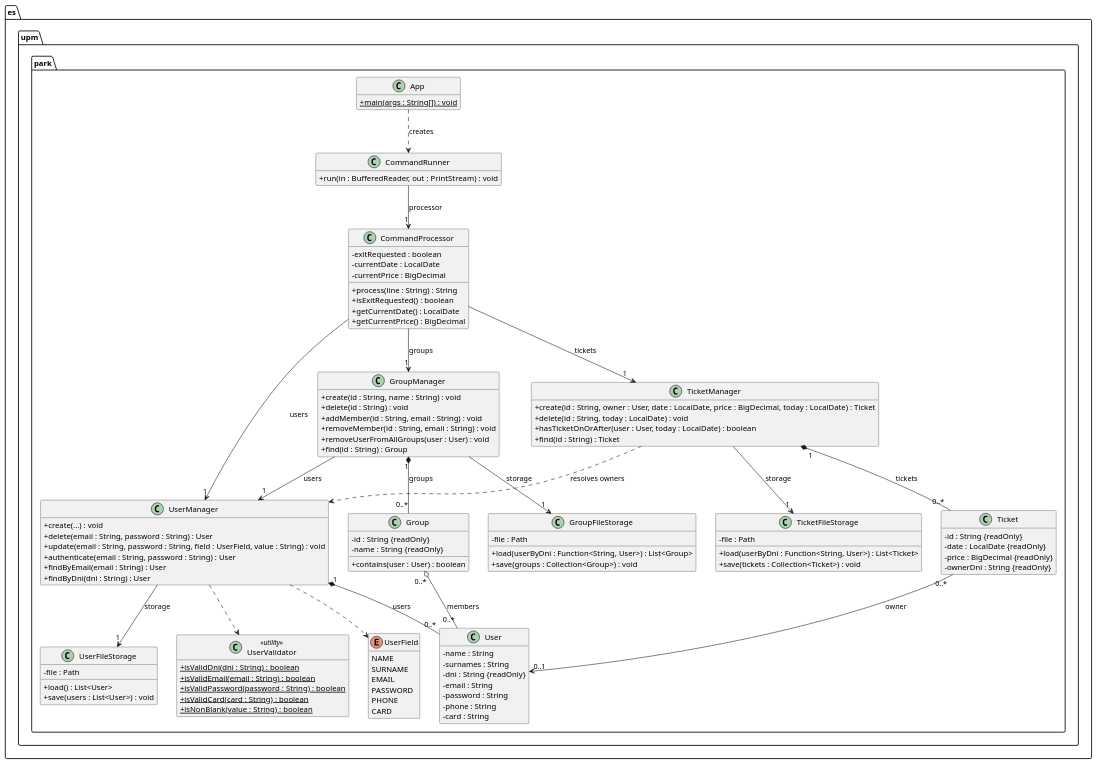
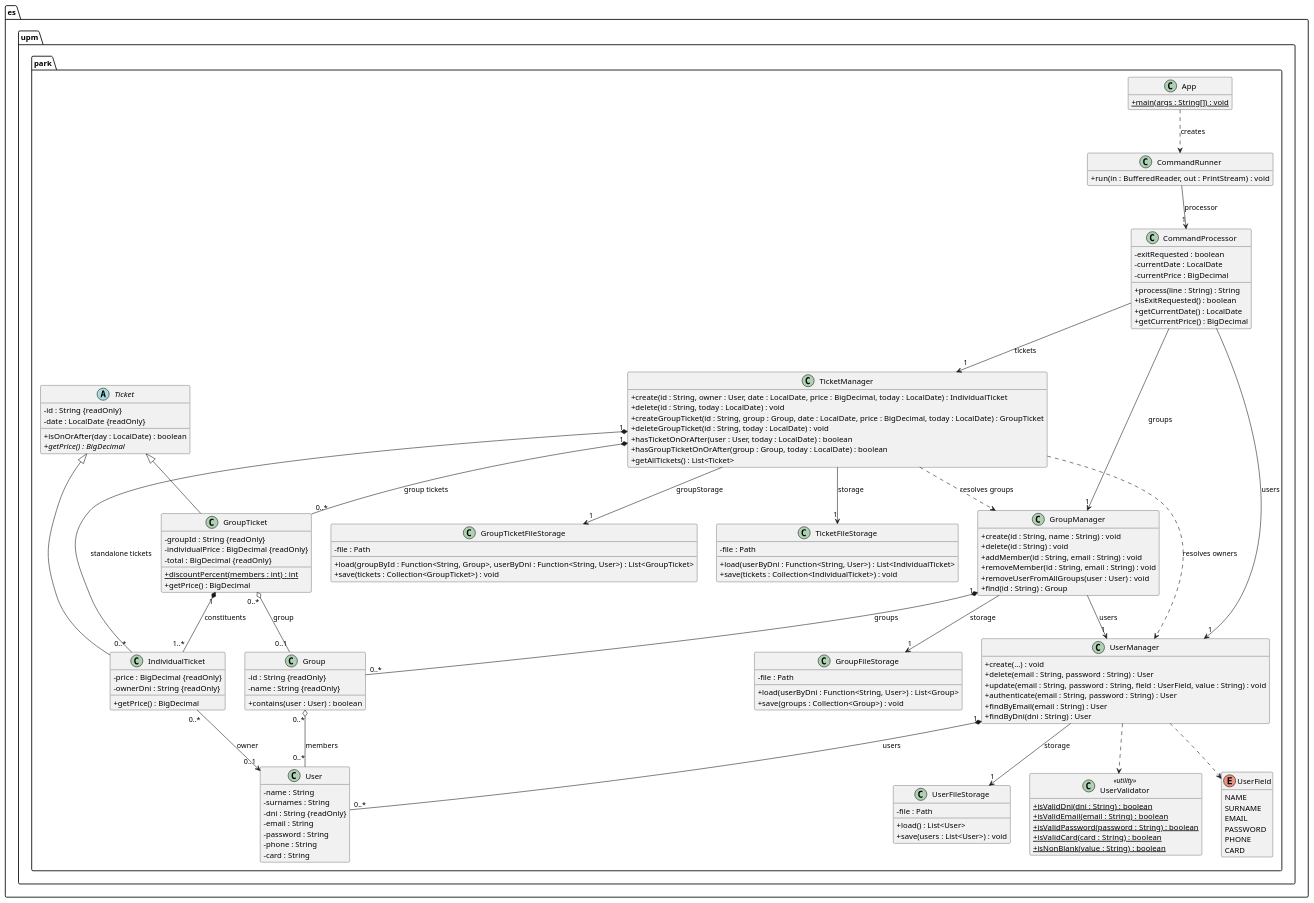
Before and after one commit to skai-upm/caise27: the diagram in docs/uml/model.puml, drawn with PlantUML. The commit also changed 30 other files, not shown here.

```diff
--- a/docs/uml/model.puml
+++ b/docs/uml/model.puml
@@ -1,127 +1,157 @@
 @startuml model
 ' Class model of the amusement-park application (package es.upm.park)
 skinparam classAttributeIconSize 0
 hide empty members
 
 package es.upm.park {
 
   class App {
     {static} +main(args : String[]) : void
   }
 
   class CommandRunner {
     +run(in : BufferedReader, out : PrintStream) : void
   }
 
   class CommandProcessor {
     -exitRequested : boolean
     -currentDate : LocalDate
     -currentPrice : BigDecimal
     +process(line : String) : String
     +isExitRequested() : boolean
     +getCurrentDate() : LocalDate
     +getCurrentPrice() : BigDecimal
   }
 
   class UserManager {
     +create(...) : void
     +delete(email : String, password : String) : User
     +update(email : String, password : String, field : UserField, value : String) : void
     +authenticate(email : String, password : String) : User
     +findByEmail(email : String) : User
     +findByDni(dni : String) : User
   }
 
   class UserFileStorage {
     -file : Path
     +load() : List<User>
     +save(users : List<User>) : void
   }
 
   class UserValidator <<utility>> {
     {static} +isValidDni(dni : String) : boolean
     {static} +isValidEmail(email : String) : boolean
     {static} +isValidPassword(password : String) : boolean
     {static} +isValidCard(card : String) : boolean
     {static} +isNonBlank(value : String) : boolean
   }
 
   class User {
     -name : String
     -surnames : String
     -dni : String {readOnly}
     -email : String
     -password : String
     -phone : String
     -card : String
   }
 
   enum UserField {
     NAME
     SURNAME
     EMAIL
     PASSWORD
     PHONE
     CARD
   }
 
   class GroupManager {
     +create(id : String, name : String) : void
     +delete(id : String) : void
     +addMember(id : String, email : String) : void
     +removeMember(id : String, email : String) : void
     +removeUserFromAllGroups(user : User) : void
     +find(id : String) : Group
   }
 
   class GroupFileStorage {
     -file : Path
     +load(userByDni : Function<String, User>) : List<Group>
     +save(groups : Collection<Group>) : void
   }
 
   class Group {
     -id : String {readOnly}
     -name : String {readOnly}
     +contains(user : User) : boolean
   }
 
   class TicketManager {
-    +create(id : String, owner : User, date : LocalDate, price : BigDecimal, today : LocalDate) : Ticket
+    +create(id : String, owner : User, date : LocalDate, price : BigDecimal, today : LocalDate) : IndividualTicket
     +delete(id : String, today : LocalDate) : void
+    +createGroupTicket(id : String, group : Group, date : LocalDate, price : BigDecimal, today : LocalDate) : GroupTicket
+    +deleteGroupTicket(id : String, today : LocalDate) : void
     +hasTicketOnOrAfter(user : User, today : LocalDate) : boolean
-    +find(id : String) : Ticket
+    +hasGroupTicketOnOrAfter(group : Group, today : LocalDate) : boolean
+    +getAllTickets() : List<Ticket>
   }
 
   class TicketFileStorage {
     -file : Path
-    +load(userByDni : Function<String, User>) : List<Ticket>
-    +save(tickets : Collection<Ticket>) : void
+    +load(userByDni : Function<String, User>) : List<IndividualTicket>
+    +save(tickets : Collection<IndividualTicket>) : void
   }
 
-  class Ticket {
+  class GroupTicketFileStorage {
+    -file : Path
+    +load(groupById : Function<String, Group>, userByDni : Function<String, User>) : List<GroupTicket>
+    +save(tickets : Collection<GroupTicket>) : void
+  }
+
+  abstract class Ticket {
     -id : String {readOnly}
     -date : LocalDate {readOnly}
+    +isOnOrAfter(day : LocalDate) : boolean
+    {abstract} +getPrice() : BigDecimal
+  }
+
+  class IndividualTicket {
     -price : BigDecimal {readOnly}
     -ownerDni : String {readOnly}
+    +getPrice() : BigDecimal
+  }
+
+  class GroupTicket {
+    -groupId : String {readOnly}
+    -individualPrice : BigDecimal {readOnly}
+    -total : BigDecimal {readOnly}
+    {static} +discountPercent(members : int) : int
+    +getPrice() : BigDecimal
   }
 }
 
 App ..> CommandRunner : creates
 CommandRunner --> "1" CommandProcessor : processor
 CommandProcessor --> "1" UserManager : users
 CommandProcessor --> "1" GroupManager : groups
 UserManager --> "1" UserFileStorage : storage
 UserManager "1" *-- "0..*" User : users
 UserManager ..> UserValidator
 UserManager ..> UserField
 GroupManager --> "1" GroupFileStorage : storage
 GroupManager --> "1" UserManager : users
 GroupManager "1" *-- "0..*" Group : groups
 Group "0..*" o-- "0..*" User : members
 CommandProcessor --> "1" TicketManager : tickets
 TicketManager --> "1" TicketFileStorage : storage
-TicketManager "1" *-- "0..*" Ticket : tickets
+TicketManager "1" *-- "0..*" IndividualTicket : standalone tickets
+TicketManager "1" *-- "0..*" GroupTicket : group tickets
+TicketManager --> "1" GroupTicketFileStorage : groupStorage
 TicketManager ..> UserManager : resolves owners
-Ticket "0..*" --> "0..1" User : owner
+TicketManager ..> GroupManager : resolves groups
+Ticket <|-- IndividualTicket
+Ticket <|-- GroupTicket
+IndividualTicket "0..*" --> "0..1" User : owner
+GroupTicket "0..*" o-- "0..1" Group : group
+GroupTicket "1" *-- "1..*" IndividualTicket : constituents
 @enduml
```
